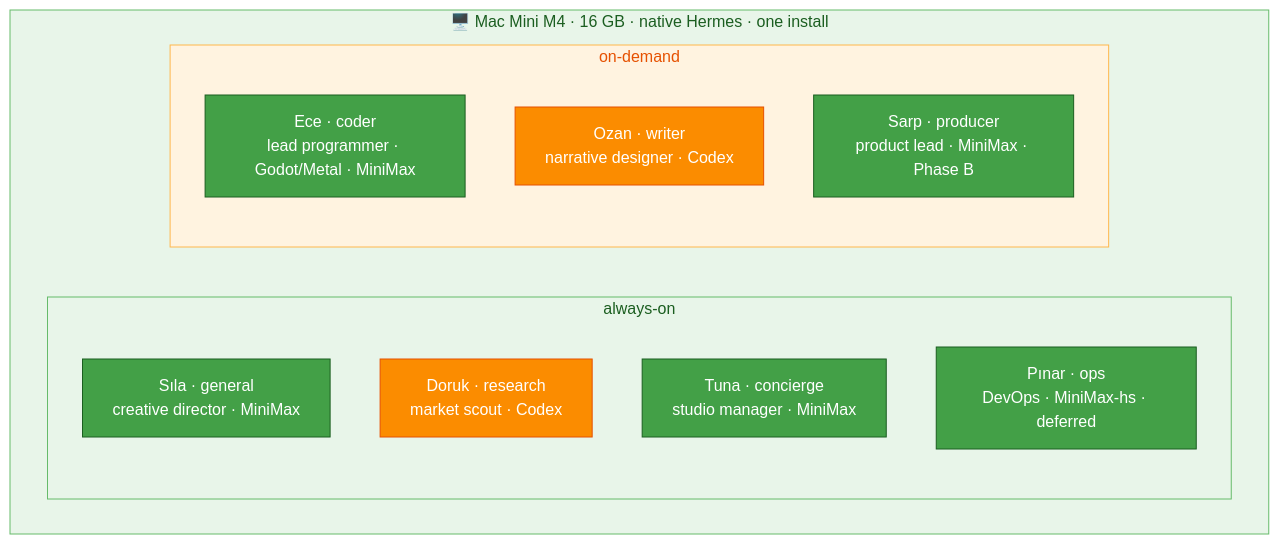
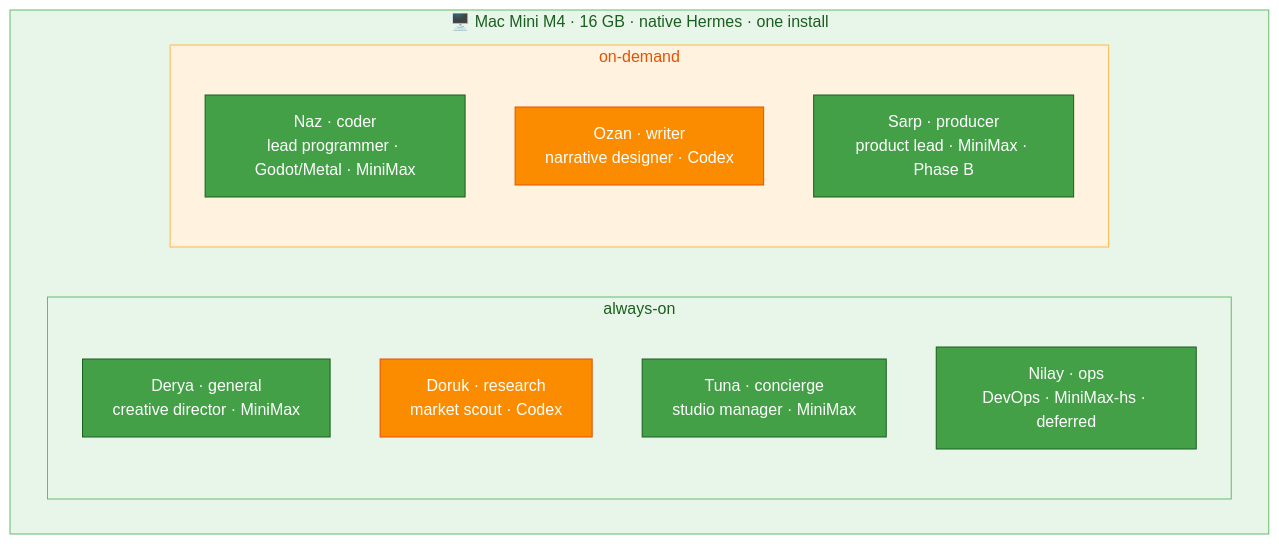
The diagram in docs/02-agents.md (mpolatcan/hermes-setup), drawn with Mermaid (forest theme) before and after one commit. The commit also changed other lines of this file and 10 other files, not shown here.

First line of the commit message:
Rename agents: Sila->Derya, Pinar->Nilay, Ece->Naz

````diff
--- a/docs/02-agents.md
+++ b/docs/02-agents.md
@@ -7,21 +7,21 @@
 ```mermaid
 flowchart TB
     subgraph Mini["🖥️ Mac Mini M4 · 16 GB · native Hermes · one install"]
         subgraph always["always-on"]
-            general["Sıla · general<br/>creative director · MiniMax"]:::mini
+            general["Derya · general<br/>creative director · MiniMax"]:::mini
             research["Doruk · research<br/>market scout · Codex"]:::codex
             concierge["Tuna · concierge<br/>studio manager · MiniMax"]:::mini
-            ops["Pınar · ops<br/>DevOps · MiniMax-hs · deferred"]:::mini
+            ops["Nilay · ops<br/>DevOps · MiniMax-hs · deferred"]:::mini
         end
         subgraph demand["on-demand"]
-            coder["Ece · coder<br/>lead programmer · Godot/Metal · MiniMax"]:::mini
+            coder["Naz · coder<br/>lead programmer · Godot/Metal · MiniMax"]:::mini
             writer["Ozan · writer<br/>narrative designer · Codex"]:::codex
             producer["Sarp · producer<br/>product lead · MiniMax · Phase B"]:::mini
         end
     end
     classDef mini fill:#43A047,stroke:#1B5E20,color:#fff
     classDef codex fill:#FB8C00,stroke:#E65100,color:#fff
     style Mini fill:#E8F5E9,stroke:#66BB6A,color:#1B5E20
     style always fill:#E8F5E9,stroke:#66BB6A,color:#1B5E20
     style demand fill:#FFF3E0,stroke:#FFB74D,color:#E65100
 ```
````
